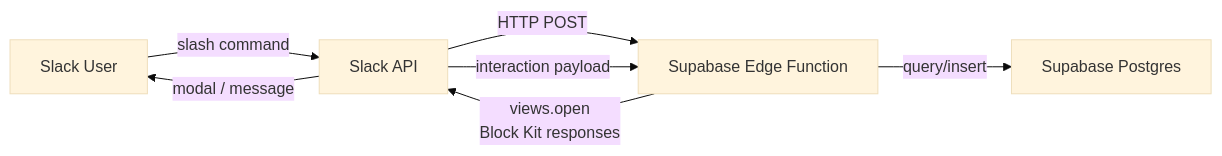
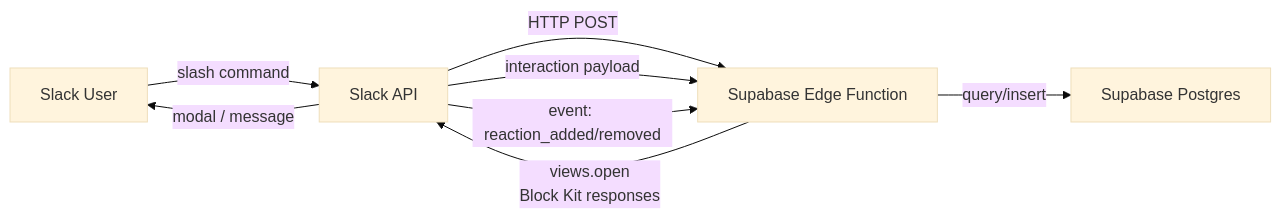
One commit to empathetech/hacky-hours-bot changed the first of 3 diagrams in hacky-hours/02-design/ARCHITECTURE.md. Above: the diagram before and after it, drawn with Mermaid (base theme). The commit also changed other lines of this file and 6 other files, not shown here.

````diff
--- a/hacky-hours/02-design/ARCHITECTURE.md
+++ b/hacky-hours/02-design/ARCHITECTURE.md
@@ -13,9 +13,10 @@
 ```mermaid
 flowchart LR
     U[Slack User] -->|slash command| SA[Slack API]
     SA -->|HTTP POST| EF[Supabase Edge Function]
     EF -->|query/insert| PG[Supabase Postgres]
     EF -->|views.open\nBlock Kit responses| SA
     SA -->|interaction payload| EF
+    SA -->|event: reaction_added/removed| EF
     SA -->|modal / message| U
 ```
````
